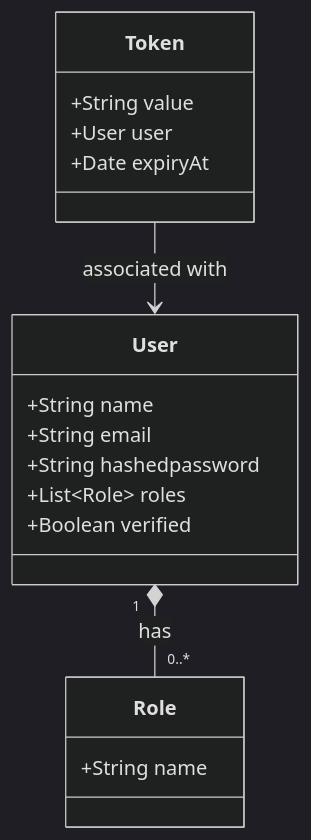
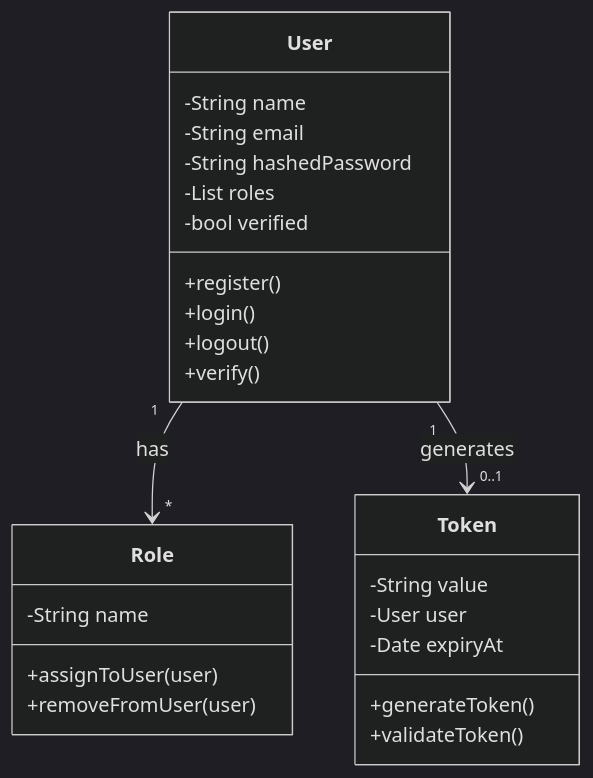
The diagram in ClassDiagrams/UserManagement.mmd (goelvinay5/WoolfProjectDocumentation), drawn with Mermaid (dark theme) before and after one commit.

```diff
--- a/ClassDiagrams/UserManagement.mmd
+++ b/ClassDiagrams/UserManagement.mmd
@@ -1,19 +1,29 @@
 classDiagram
-    class User {
-        +String name
-        +String email
-        +String hashedpassword
-        +List~Role~ roles
-        +Boolean verified
-    }
-    class Role {
-        +String name
-    }
-    class Token {
-        +String value
-        +User user
-        +Date expiryAt
-    }
-
-    User "1" *-- "0..*" Role : has
-    Token --> User : associated with
+  class User {
+      -String name
+      -String email
+      -String hashedPassword
+      -List<Role> roles
+      -bool verified
+      +register()
+      +login()
+      +logout()
+      +verify()
+  }
+  
+  class Role {
+      -String name
+      +assignToUser(user)
+      +removeFromUser(user)
+  }
+  
+  class Token {
+      -String value
+      -User user
+      -Date expiryAt
+      +generateToken()
+      +validateToken()
+  }
+  
+  User "1" --> "*" Role : has
+  User "1" --> "0..1" Token : generates
```
